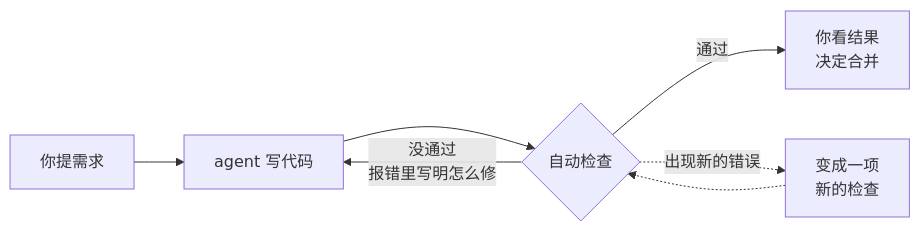
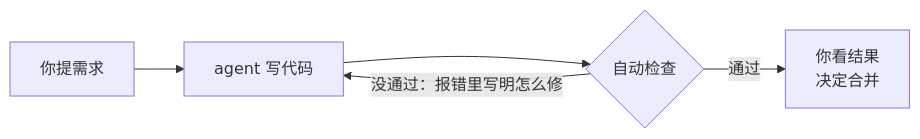
The diagram in README.zh-CN.md (Tim-rppl/trust-pyramid), drawn with Mermaid before and after one commit. The commit also changed other lines of this file and 1 other file, not shown here.

Commit message:
README: one-line flowchart that fits GitHub's diagram frame

````diff
--- a/README.zh-CN.md
+++ b/README.zh-CN.md
@@ -104,9 +104,7 @@
 ```mermaid
 flowchart LR
     A["你提需求"] --> B["agent 写代码"]
     B --> C{"自动检查"}
-    C -- "没通过<br/>报错里写明怎么修" --> B
+    C -- "没通过：报错里写明怎么修" --> B
     C -- "通过" --> D["你看结果<br/>决定合并"]
-    C -. "出现新的错误" .-> E["变成一项<br/>新的检查"]
-    E -.-> C
 ```
````
